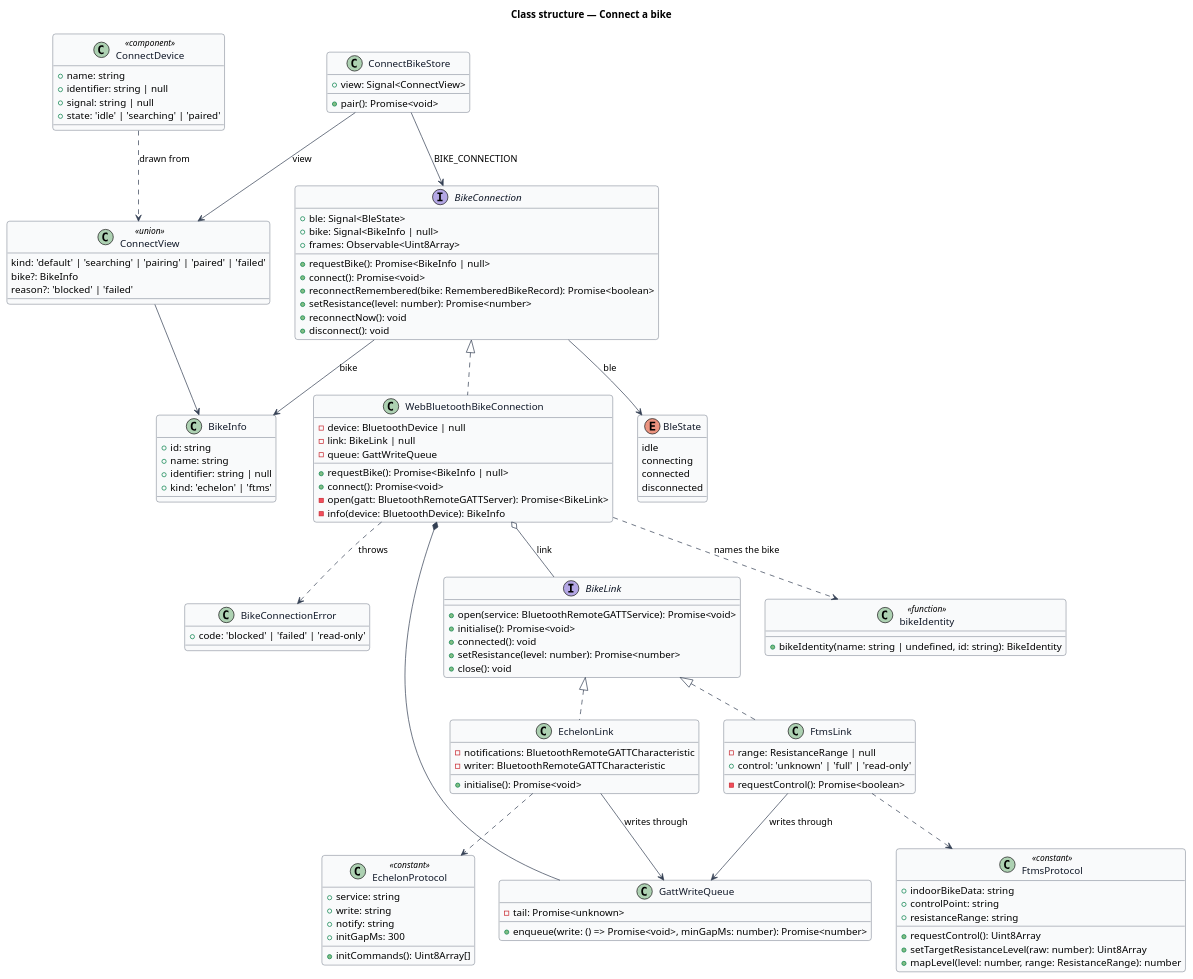
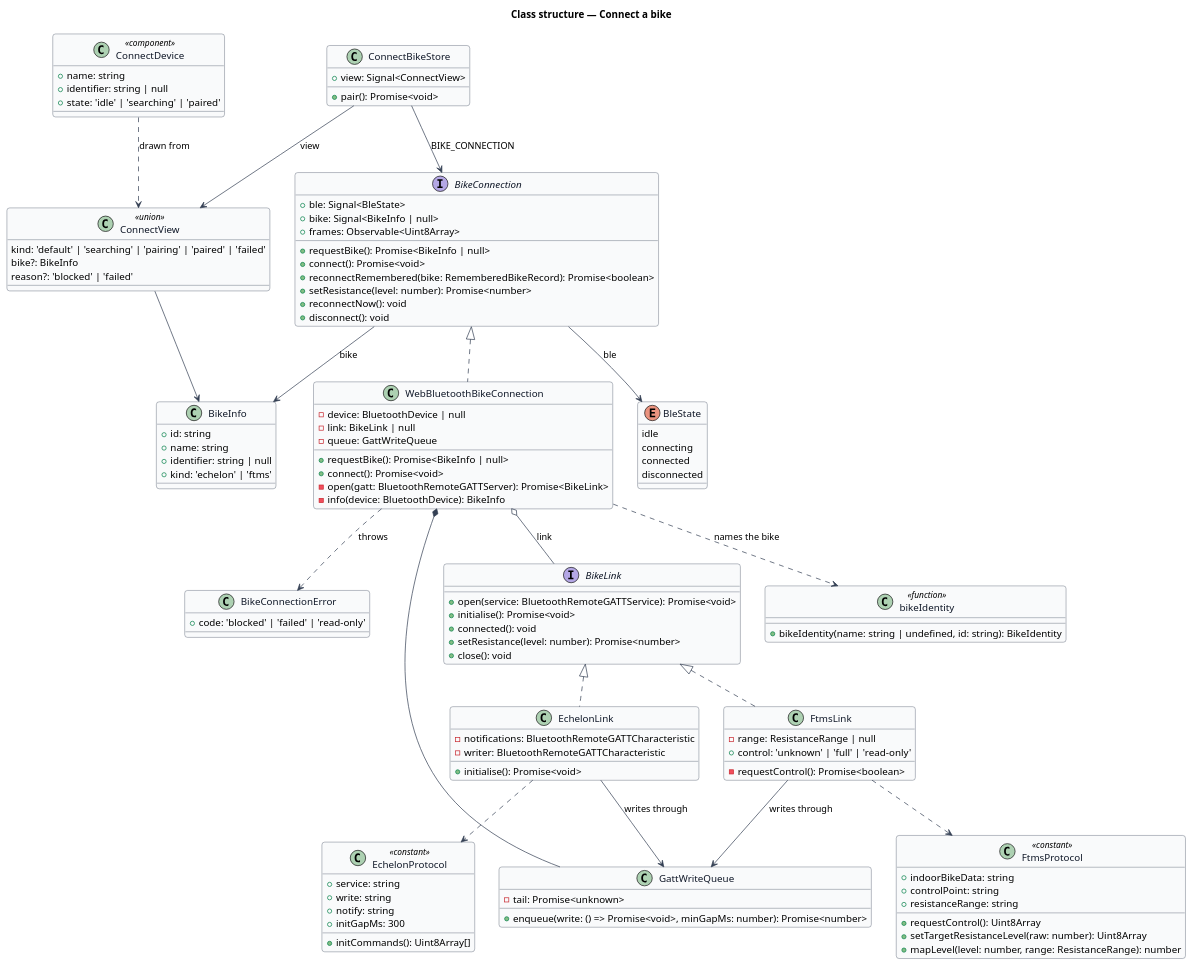
The diagram in docs/detailed-designs/bike/connect-a-bike/diagrams/class-structure.puml (QuinntyneBrown/ride-one), drawn with PlantUML before and after one commit. The commit also changed 49 other files, not shown here.

```diff
--- a/docs/detailed-designs/bike/connect-a-bike/diagrams/class-structure.puml
+++ b/docs/detailed-designs/bike/connect-a-bike/diagrams/class-structure.puml
@@ -1,137 +1,136 @@
 @startuml
 ' --- shared skin header ---
 skinparam backgroundColor #FFFFFF
 skinparam shadowing false
 skinparam roundcorner 8
 skinparam defaultFontName Arial
 skinparam ArrowColor #344054
 skinparam class {
   BorderColor #344054
   FontColor #101828
   BackgroundColor #F9FAFB
 }
 ' --------------------------
 title Class structure — Connect a bike
 
 interface BikeConnection {
   +ble: Signal<BleState>
   +bike: Signal<BikeInfo | null>
   +frames: Observable<Uint8Array>
   +requestBike(): Promise<BikeInfo | null>
   +connect(): Promise<void>
   +reconnectRemembered(bike: RememberedBikeRecord): Promise<boolean>
   +setResistance(level: number): Promise<number>
   +reconnectNow(): void
   +disconnect(): void
 }
 
 enum BleState {
   idle
   connecting
   connected
   disconnected
 }
 
 class BikeInfo {
   +id: string
   +name: string
   +identifier: string | null
   +kind: 'echelon' | 'ftms'
 }
 
 class BikeConnectionError {
   +code: 'blocked' | 'failed' | 'read-only'
 }
 
 class WebBluetoothBikeConnection {
   -device: BluetoothDevice | null
   -link: BikeLink | null
   -queue: GattWriteQueue
   +requestBike(): Promise<BikeInfo | null>
   +connect(): Promise<void>
   -open(gatt: BluetoothRemoteGATTServer): Promise<BikeLink>
   -info(device: BluetoothDevice): BikeInfo
 }
 
 interface BikeLink {
   +open(service: BluetoothRemoteGATTService): Promise<void>
   +initialise(): Promise<void>
   +connected(): void
   +setResistance(level: number): Promise<number>
   +close(): void
 }
 
 class EchelonLink {
   -notifications: BluetoothRemoteGATTCharacteristic
   -writer: BluetoothRemoteGATTCharacteristic
   +initialise(): Promise<void>
 }
 
 class FtmsLink {
   -range: ResistanceRange | null
   +control: 'unknown' | 'full' | 'read-only'
   -requestControl(): Promise<boolean>
 }
 
 class GattWriteQueue {
   -tail: Promise<unknown>
   +enqueue(write: () => Promise<void>, minGapMs: number): Promise<number>
 }
 
 class EchelonProtocol <<constant>> {
   +service: string
   +write: string
   +notify: string
   +initGapMs: 300
   +initCommands(): Uint8Array[]
 }
 
 class FtmsProtocol <<constant>> {
   +indoorBikeData: string
   +controlPoint: string
   +resistanceRange: string
   +requestControl(): Uint8Array
   +setTargetResistanceLevel(raw: number): Uint8Array
   +mapLevel(level: number, range: ResistanceRange): number
 }
 
 class "bikeIdentity" as bikeIdentity <<function>> {
   +bikeIdentity(name: string | undefined, id: string): BikeIdentity
 }
 
 class ConnectBikeStore {
   +view: Signal<ConnectView>
   +pair(): Promise<void>
 }
 
 class ConnectView <<union>> {
   kind: 'default' | 'searching' | 'pairing' | 'paired' | 'failed'
   bike?: BikeInfo
   reason?: 'blocked' | 'failed'
 }
 
 class ConnectDevice <<component>> {
   +name: string
   +identifier: string | null
-  +signal: string | null
   +state: 'idle' | 'searching' | 'paired'
 }
 
 BikeConnection <|.. WebBluetoothBikeConnection
 BikeConnection --> BleState : ble
 BikeConnection --> BikeInfo : bike
 WebBluetoothBikeConnection ..> BikeConnectionError : throws
 WebBluetoothBikeConnection *-- GattWriteQueue
 WebBluetoothBikeConnection o-- BikeLink : link
 WebBluetoothBikeConnection ..> bikeIdentity : names the bike
 BikeLink <|.. EchelonLink
 BikeLink <|.. FtmsLink
 EchelonLink --> GattWriteQueue : writes through
 FtmsLink --> GattWriteQueue : writes through
 EchelonLink ..> EchelonProtocol
 FtmsLink ..> FtmsProtocol
 ConnectBikeStore --> BikeConnection : BIKE_CONNECTION
 ConnectBikeStore --> ConnectView : view
 ConnectView --> BikeInfo
 ConnectDevice ..> ConnectView : drawn from
 @enduml
```
